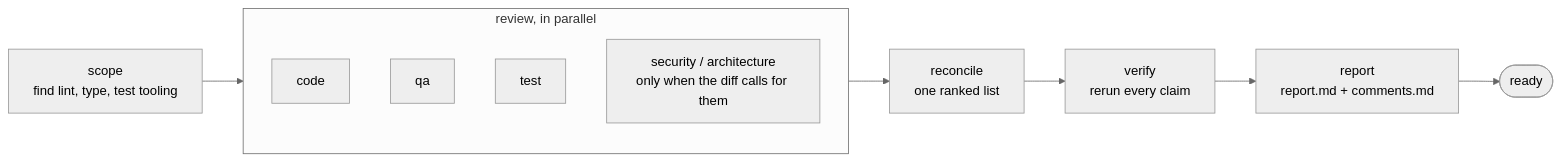
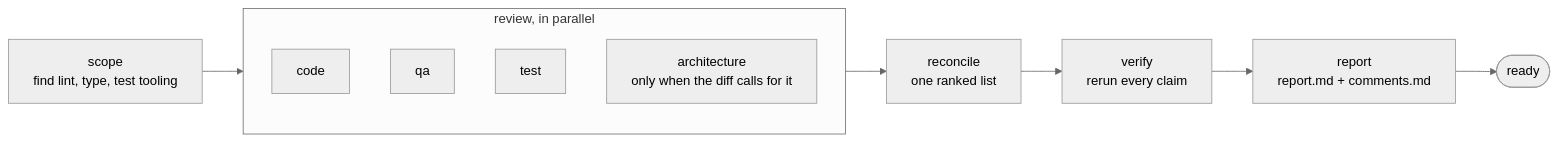
The third of 3 diagrams in README.md (ChristopherAlphonse/calphonse-skills), drawn with Mermaid (neutral theme) before and after one commit. The commit also changed other lines of this file and 6 other files, not shown here.

````diff
--- a/README.md
+++ b/README.md
@@ -133,15 +133,15 @@
 ```mermaid
 flowchart LR
     scope["scope<br/>find lint, type, test tooling"] --> review
     subgraph review["review, in parallel"]
         direction TB
         r1["code"]
         r2["qa"]
         r3["test"]
-        r4["security / architecture<br/>only when the diff calls for them"]
+        r4["architecture<br/>only when the diff calls for it"]
     end
     review --> reconcile["reconcile<br/>one ranked list"]
     reconcile --> verify["verify<br/>rerun every claim"]
     verify --> report["report<br/>report.md + comments.md"]
     report --> ready(["ready"])
 ```
````
